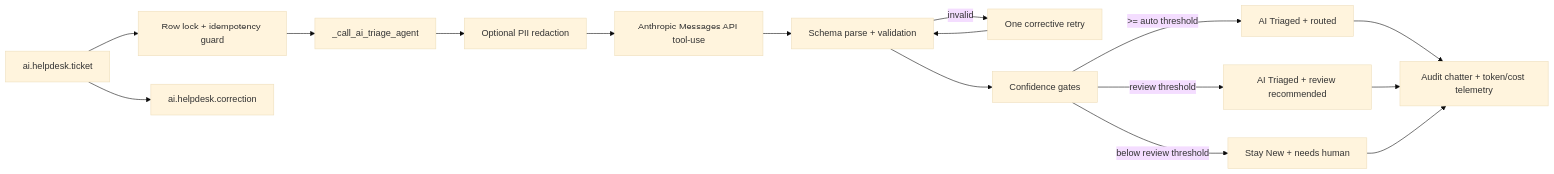
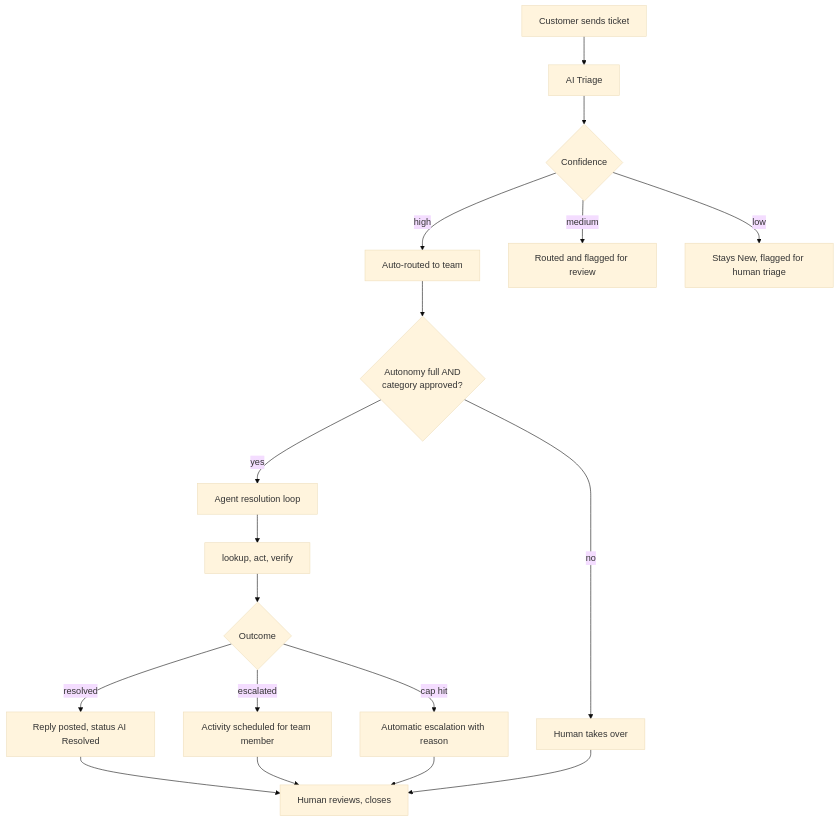
Before and after one commit to MohammadThabetHassan/odoo-ai-helpdesk-triage: the diagram in README.md, drawn with Mermaid (base theme). The commit also changed other lines of this file and 2 other files, not shown here.

First line of the commit message:
docs(readme): rework READMEs and hide provider/cost from ticket form

````diff
--- a/README.md
+++ b/README.md
@@ -16,18 +42,20 @@
 ```mermaid
-flowchart LR
-    Ticket[ai.helpdesk.ticket] --> Lock[Row lock + idempotency guard]
-    Lock --> Agent[_call_ai_triage_agent]
-    Agent --> Redact[Optional PII redaction]
-    Redact --> Anthropic[Anthropic Messages API tool-use]
-    Anthropic --> Validate[Schema parse + validation]
-    Validate -->|invalid| Retry[One corrective retry]
-    Retry --> Validate
-    Validate --> Gate[Confidence gates]
-    Gate -->|>= auto threshold| Triaged[AI Triaged + routed]
-    Gate -->|review threshold| Review[AI Triaged + review recommended]
-    Gate -->|below review threshold| Human[Stay New + needs human]
-    Triaged --> Chatter[Audit chatter + token/cost telemetry]
-    Review --> Chatter
-    Human --> Chatter
-    Ticket --> Corrections[ai.helpdesk.correction]
+flowchart TB
+    A[Customer sends ticket] --> B[AI Triage]
+    B --> C{Confidence}
+    C -->|high| D[Auto-routed to team]
+    C -->|medium| E[Routed and flagged for review]
+    C -->|low| F[Stays New, flagged for human triage]
+    D --> G{Autonomy full AND<br/>category approved?}
+    G -->|yes| H[Agent resolution loop]
+    G -->|no| I[Human takes over]
+    H --> J[lookup, act, verify]
+    J --> K{Outcome}
+    K -->|resolved| L[Reply posted, status AI Resolved]
+    K -->|escalated| M[Activity scheduled for team member]
+    K -->|cap hit| N[Automatic escalation with reason]
+    L --> O[Human reviews, closes]
+    M --> O
+    N --> O
+    I --> O
 ```
````
